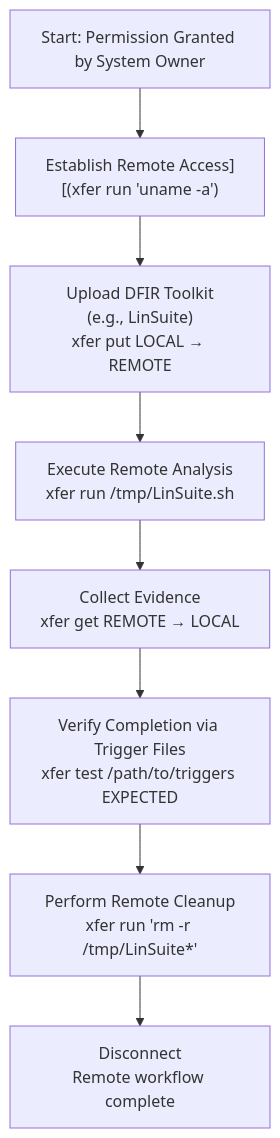
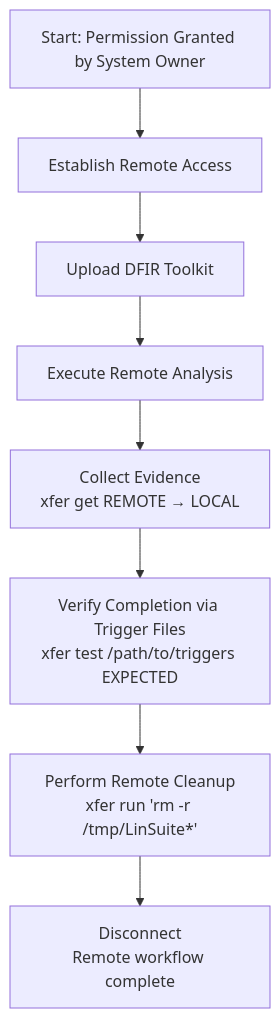
One commit to Mark-a-Hamilton/Toolbox changed the diagram in assets/xferWorkFlow.md. Above: the diagram before and after it, drawn with Mermaid.

````diff
--- a/assets/xferWorkFlow.md
+++ b/assets/xferWorkFlow.md
@@ -21,11 +21,11 @@
 ```mermaid
 flowchart TD
 
-    A["Start: Permission Granted by System Owner"] --> B["Establish Remote Access]\n[(xfer run 'uname -a')"]
-    B --> C["Upload DFIR Toolkit\n(e.g., LinSuite)\nxfer put LOCAL → REMOTE"]
-    C --> D["Execute Remote Analysis\nxfer run /tmp/LinSuite.sh"]
+    A["Start: Permission Granted by System Owner"] --> B["Establish Remote Access"]
+    B --> C["Upload DFIR Toolkit"]
+    C --> D["Execute Remote Analysis"]
     D --> E["Collect Evidence\nxfer get REMOTE → LOCAL"]
     E --> F["Verify Completion via Trigger Files\nxfer test /path/to/triggers EXPECTED"]
     F --> G["Perform Remote Cleanup\nxfer run 'rm -r /tmp/LinSuite*'"]
     G --> H["Disconnect\nRemote workflow complete"]
 ```
````
